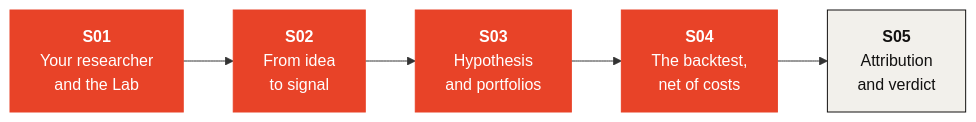
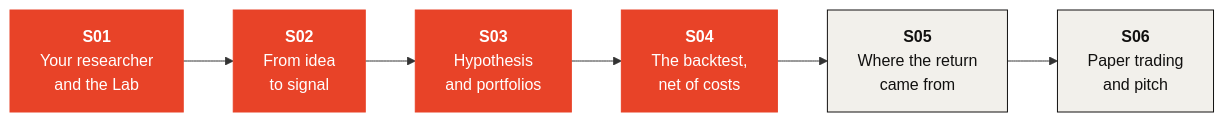
Before and after one commit to KaxaNuk/Investment-Bootcamp: the diagram in README.md, drawn with Mermaid. The commit also changed other lines of this file, not shown here.

First line of the commit message:
Six sessions: S05 is attribution, S06 paper trading and the pitch

````diff
--- a/README.md
+++ b/README.md
@@ -57,12 +57,14 @@
 ```mermaid
 flowchart LR
     S01["<b>S01</b><br/>Your researcher<br/>and the Lab"] --> S02["<b>S02</b><br/>From idea<br/>to signal"]
     S02 --> S03["<b>S03</b><br/>Hypothesis<br/>and portfolios"]
     S03 --> S04["<b>S04</b><br/>The backtest,<br/>net of costs"]
-    S04 --> S05["<b>S05</b><br/>Attribution<br/>and verdict"]
+    S04 --> S05["<b>S05</b><br/>Where the return<br/>came from"]
+    S05 --> S06["<b>S06</b><br/>Paper trading<br/>and pitch"]
     style S01 fill:#E84328,stroke:#E84328,color:#ffffff
     style S02 fill:#E84328,stroke:#E84328,color:#ffffff
     style S03 fill:#E84328,stroke:#E84328,color:#ffffff
     style S04 fill:#E84328,stroke:#E84328,color:#ffffff
     style S05 fill:#F2F0EB,stroke:#121110,color:#121110
+    style S06 fill:#F2F0EB,stroke:#121110,color:#121110
 ```
````
